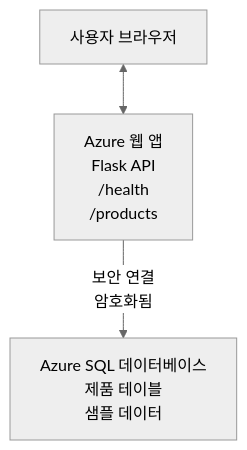
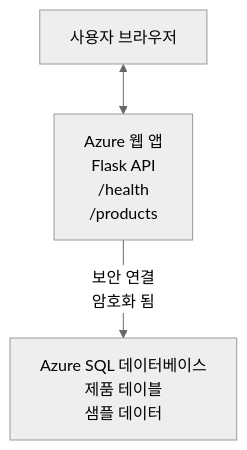
Before and after one commit to microsoft/AZD-for-beginners: the diagram in translations/ko/examples/database-app/README.md, drawn with Mermaid (neutral theme). The commit also changed other lines of this file and 104 other files, not shown here.

````diff
--- a/translations/ko/examples/database-app/README.md
+++ b/translations/ko/examples/database-app/README.md
@@ -72,5 +72,5 @@
 ```mermaid
 graph TD
     Browser[사용자 브라우저] <--> WebApp[Azure 웹 앱<br/>Flask API<br/>/health<br/>/products]
-    WebApp -- 보안 연결<br/>암호화됨 --> SQL[Azure SQL 데이터베이스<br/>제품 테이블<br/>샘플 데이터]
+    WebApp -- 보안 연결<br/>암호화 됨 --> SQL[Azure SQL 데이터베이스<br/>제품 테이블<br/>샘플 데이터]
 ```
````
